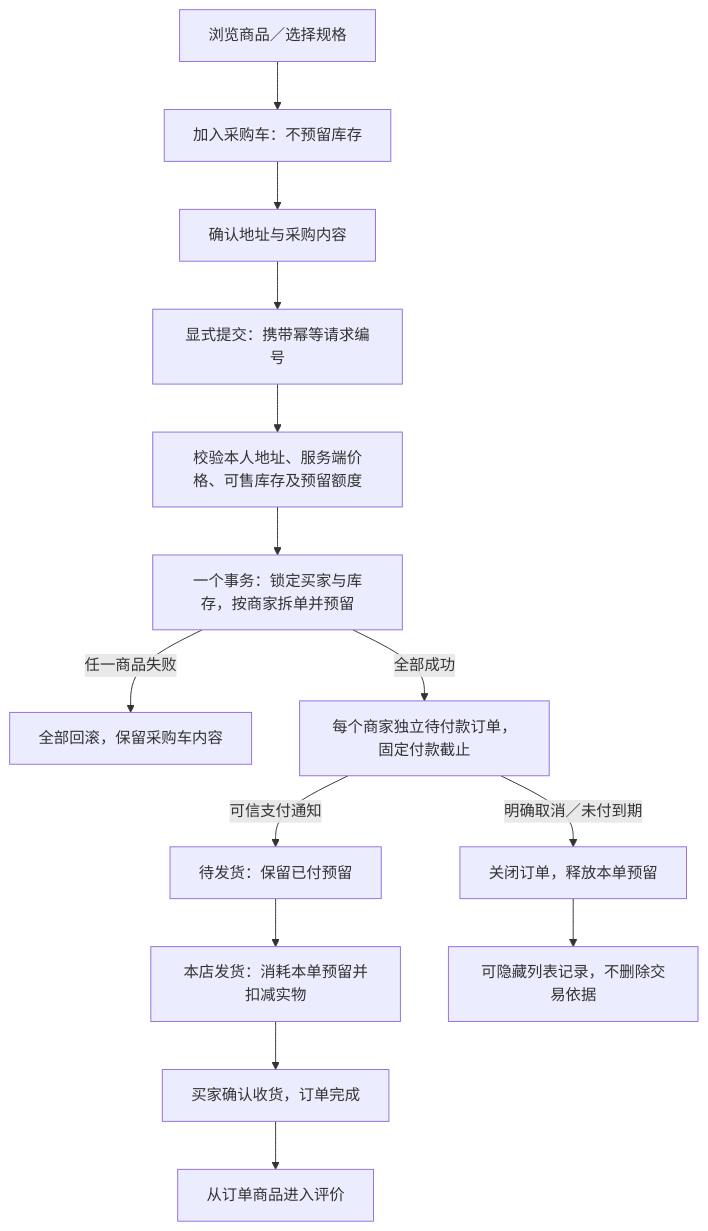
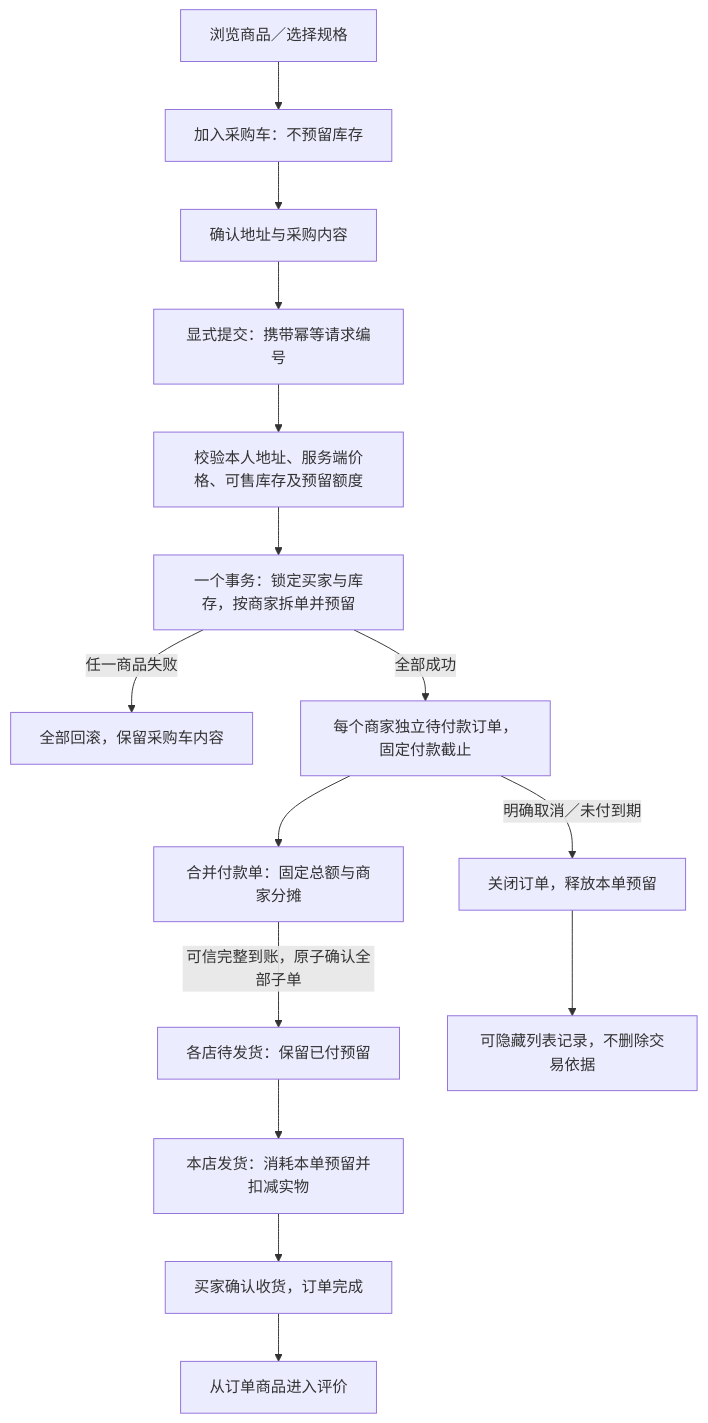
The second of 3 diagrams in README.md (dengbofu-git/shop), drawn with Mermaid before and after one commit. The commit also changed other lines of this file and 177 other files, not shown here.

````diff
--- a/README.md
+++ b/README.md
@@ -146,16 +146,17 @@
 ```mermaid
 flowchart TD
     Choose["浏览商品／选择规格"] --> Cart["加入采购车：不预留库存"]
     Cart --> Confirm["确认地址与采购内容"]
     Confirm --> Submit["显式提交：携带幂等请求编号"]
     Submit --> Validate["校验本人地址、服务端价格、可售库存及预留额度"]
     Validate --> Tx["一个事务：锁定买家与库存，按商家拆单并预留"]
     Tx -->|任一商品失败| Reject["全部回滚，保留采购车内容"]
     Tx -->|全部成功| Unpaid["每个商家独立待付款订单，固定付款截止"]
-    Unpaid -->|可信支付通知| Paid["待发货：保留已付预留"]
+    Unpaid --> Payment["合并付款单：固定总额与商家分摊"]
+    Payment -->|可信完整到账，原子确认全部子单| Paid["各店待发货：保留已付预留"]
     Unpaid -->|明确取消／未付到期| Closed["关闭订单，释放本单预留"]
     Paid --> Ship["本店发货：消耗本单预留并扣减实物"]
     Ship --> Receive["买家确认收货，订单完成"]
     Receive --> Review["从订单商品进入评价"]
     Closed --> Hide["可隐藏列表记录，不删除交易依据"]
 ```
````
